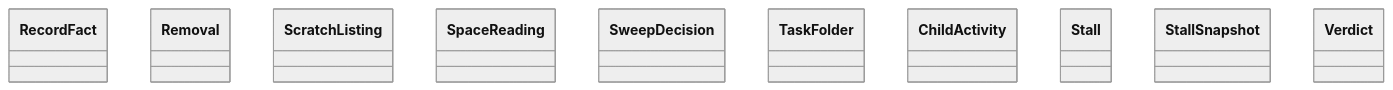
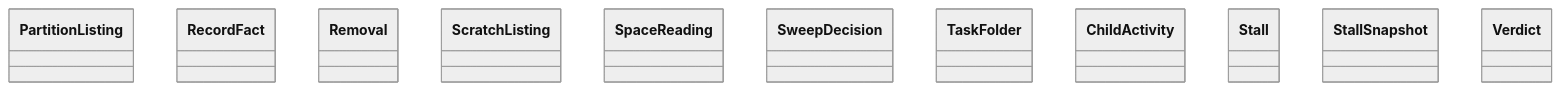
The diagram in docs/architecture/generated/classes-process-domain-machine-2.md (GonzaloZevallos/agentic-system), drawn with Mermaid (neutral theme) before and after one commit. The commit also changed 3 other files, not shown here.

Commit message:
Regenerate the architecture docs for domain.retakes

````diff
--- a/docs/architecture/generated/classes-process-domain-machine-2.md
+++ b/docs/architecture/generated/classes-process-domain-machine-2.md
@@ -21,13 +21,14 @@
 ```mermaid
 classDiagram
+    class scratch__PartitionListing["PartitionListing"]
     class scratch__RecordFact["RecordFact"]
     class scratch__Removal["Removal"]
     class scratch__ScratchListing["ScratchListing"]
     class scratch__SpaceReading["SpaceReading"]
     class scratch__SweepDecision["SweepDecision"]
     class scratch__TaskFolder["TaskFolder"]
     class stall__ChildActivity["ChildActivity"]
     class stall__Stall["Stall"]
     class stall__StallSnapshot["StallSnapshot"]
     class stall__Verdict["Verdict"]
 ```
````
